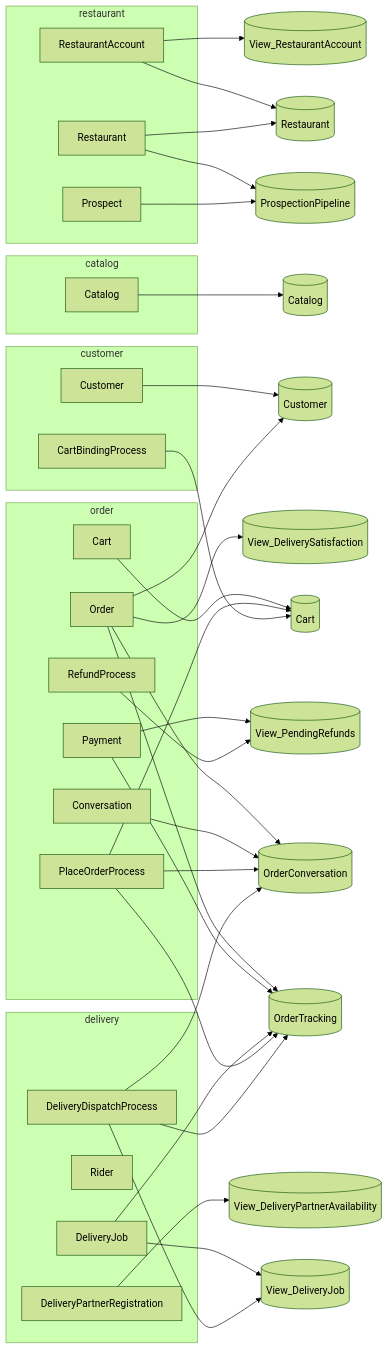
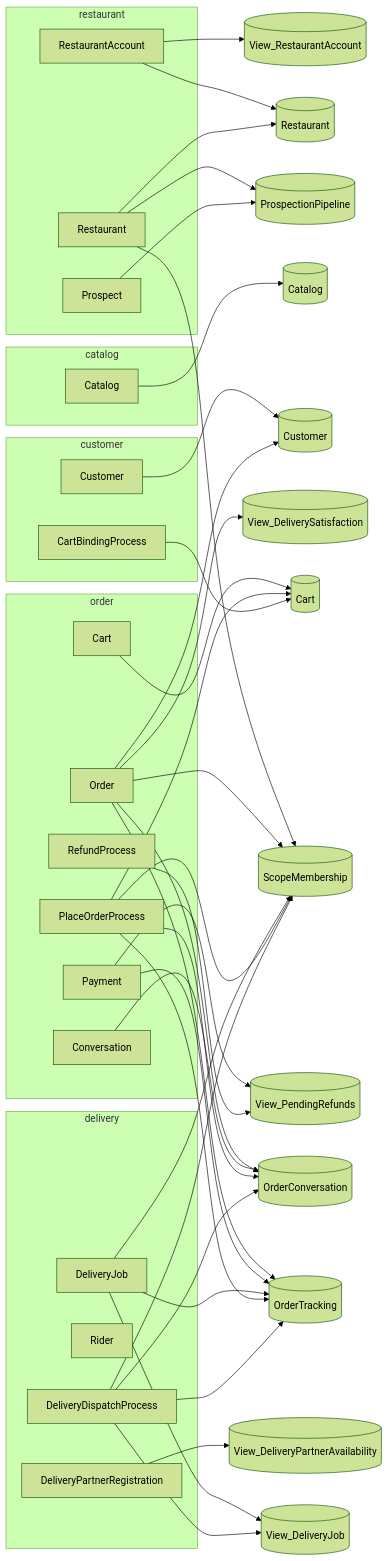
Before and after one commit to TheCaptainCompany/captain-food: the second of 6 diagrams in specs/generated/c4.generated.md, drawn with Mermaid (forest theme). The commit also changed 11 other files, not shown here.

First line of the commit message:
feat(#144): ScopeMembership read model + ScopeType scalar

````diff
--- a/specs/generated/c4.generated.md
+++ b/specs/generated/c4.generated.md
@@ -64,67 +64,73 @@
 ```mermaid
 flowchart LR
   subgraph g_restaurant["restaurant"]
     a_RestaurantAccount["RestaurantAccount"]
     a_Restaurant["Restaurant"]
     a_Prospect["Prospect"]
   end
   subgraph g_catalog["catalog"]
     a_Catalog["Catalog"]
   end
   subgraph g_order["order"]
     a_Cart["Cart"]
     a_Order["Order"]
     a_Payment["Payment"]
     a_Conversation["Conversation"]
     a_PlaceOrderProcess["PlaceOrderProcess"]
     a_RefundProcess["RefundProcess"]
   end
   subgraph g_customer["customer"]
     a_Customer["Customer"]
     a_CartBindingProcess["CartBindingProcess"]
   end
   subgraph g_delivery["delivery"]
     a_DeliveryJob["DeliveryJob"]
     a_Rider["Rider"]
     a_DeliveryPartnerRegistration["DeliveryPartnerRegistration"]
     a_DeliveryDispatchProcess["DeliveryDispatchProcess"]
   end
   v_View_RestaurantAccount[("View_RestaurantAccount")]
   v_Restaurant[("Restaurant")]
   v_ProspectionPipeline[("ProspectionPipeline")]
+  v_ScopeMembership[("ScopeMembership")]
   v_View_DeliveryPartnerAvailability[("View_DeliveryPartnerAvailability")]
   v_Catalog[("Catalog")]
   v_Customer[("Customer")]
   v_Cart[("Cart")]
   v_OrderTracking[("OrderTracking")]
   v_OrderConversation[("OrderConversation")]
   v_View_DeliverySatisfaction[("View_DeliverySatisfaction")]
   v_View_PendingRefunds[("View_PendingRefunds")]
   v_View_DeliveryJob[("View_DeliveryJob")]
   a_RestaurantAccount --> v_View_RestaurantAccount
   a_RestaurantAccount --> v_Restaurant
   a_Restaurant --> v_Restaurant
   a_Restaurant --> v_ProspectionPipeline
+  a_Restaurant --> v_ScopeMembership
   a_Prospect --> v_ProspectionPipeline
   a_DeliveryPartnerRegistration --> v_View_DeliveryPartnerAvailability
   a_Catalog --> v_Catalog
   a_Customer --> v_Customer
   a_Cart --> v_Cart
   a_Order --> v_OrderTracking
   a_Order --> v_OrderConversation
+  a_Order --> v_ScopeMembership
   a_Order --> v_Customer
   a_Order --> v_View_DeliverySatisfaction
   a_Payment --> v_OrderTracking
   a_Payment --> v_View_PendingRefunds
   a_DeliveryJob --> v_View_DeliveryJob
   a_DeliveryJob --> v_OrderTracking
+  a_DeliveryJob --> v_ScopeMembership
   a_Conversation --> v_OrderConversation
   a_PlaceOrderProcess --> v_OrderTracking
   a_PlaceOrderProcess --> v_OrderConversation
+  a_PlaceOrderProcess --> v_ScopeMembership
   a_PlaceOrderProcess --> v_Cart
   a_RefundProcess --> v_View_PendingRefunds
   a_CartBindingProcess --> v_Cart
   a_DeliveryDispatchProcess --> v_View_DeliveryJob
   a_DeliveryDispatchProcess --> v_OrderTracking
+  a_DeliveryDispatchProcess --> v_ScopeMembership
   a_DeliveryDispatchProcess --> v_OrderConversation
 ```
````
